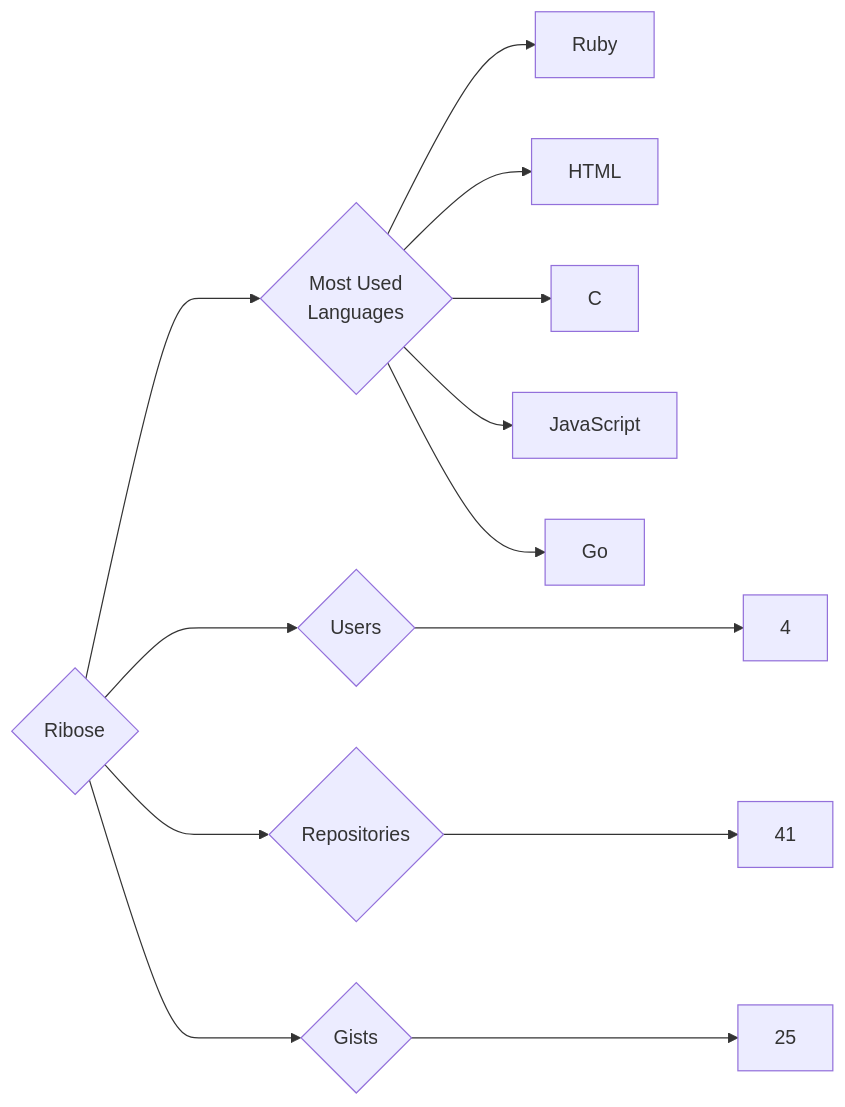
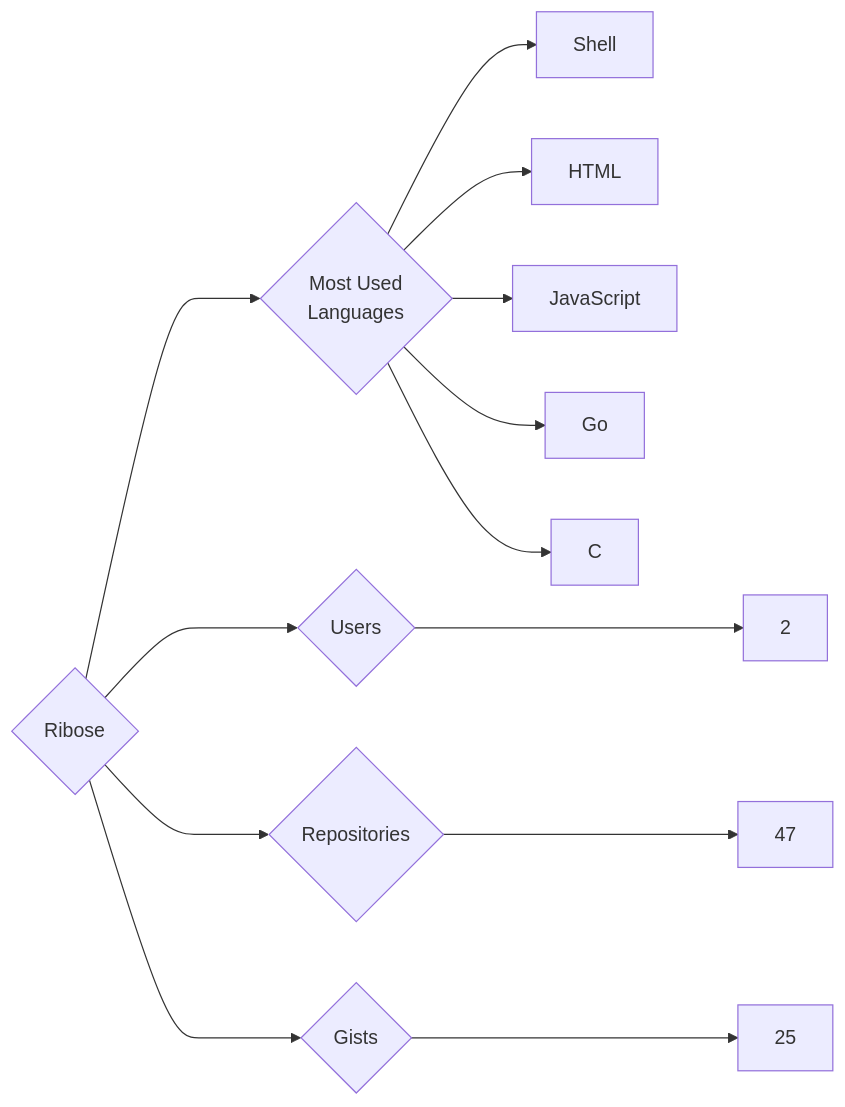
The diagram in targets/Ribose/README.md (trickest/insiders), drawn with Mermaid before and after one commit. The commit also changed 1248 other files, not shown here.

````diff
--- a/targets/Ribose/README.md
+++ b/targets/Ribose/README.md
@@ -3,13 +3,13 @@
 ```mermaid
 graph LR
 COMPANY_NAME{Ribose}
-COMPANY_NAME ---> U{Users} ---> UN[4]
-COMPANY_NAME ---> R{Repositories} ---> RN[41]
+COMPANY_NAME ---> U{Users} ---> UN[2]
+COMPANY_NAME ---> R{Repositories} ---> RN[47]
 COMPANY_NAME ---> G{Gists} ---> GN[25]
 COMPANY_NAME ---> ML{Most Used<br>Languages}
-ML --> Ruby[Ruby]
+ML --> Shell[Shell]
 ML --> HTML[HTML]
-ML --> C[C]
 ML --> JavaScript[JavaScript]
 ML --> Go[Go]
+ML --> C[C]
 ```
````
